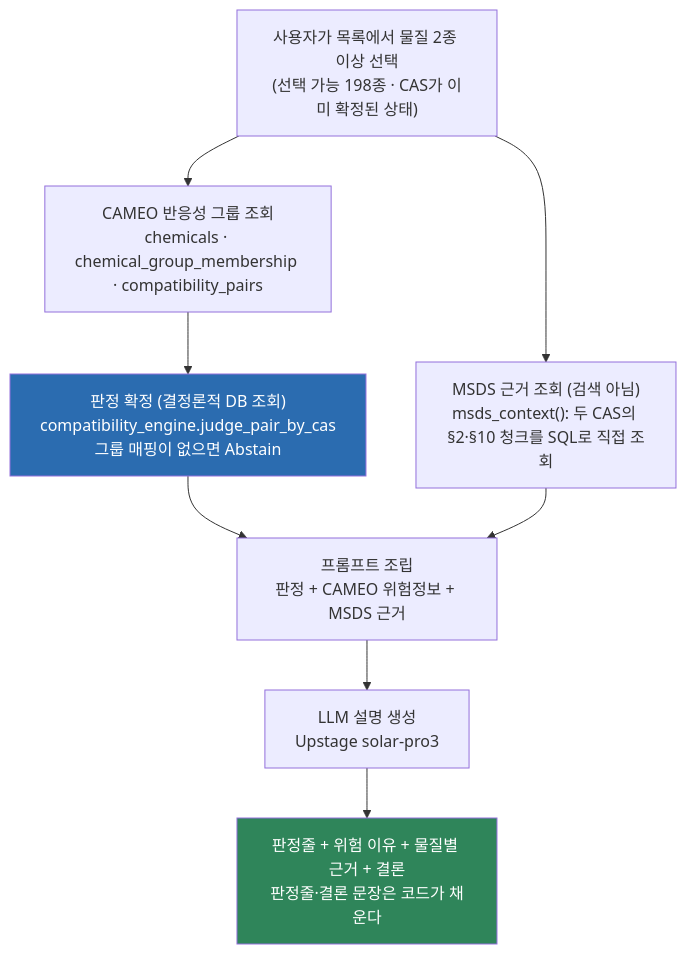
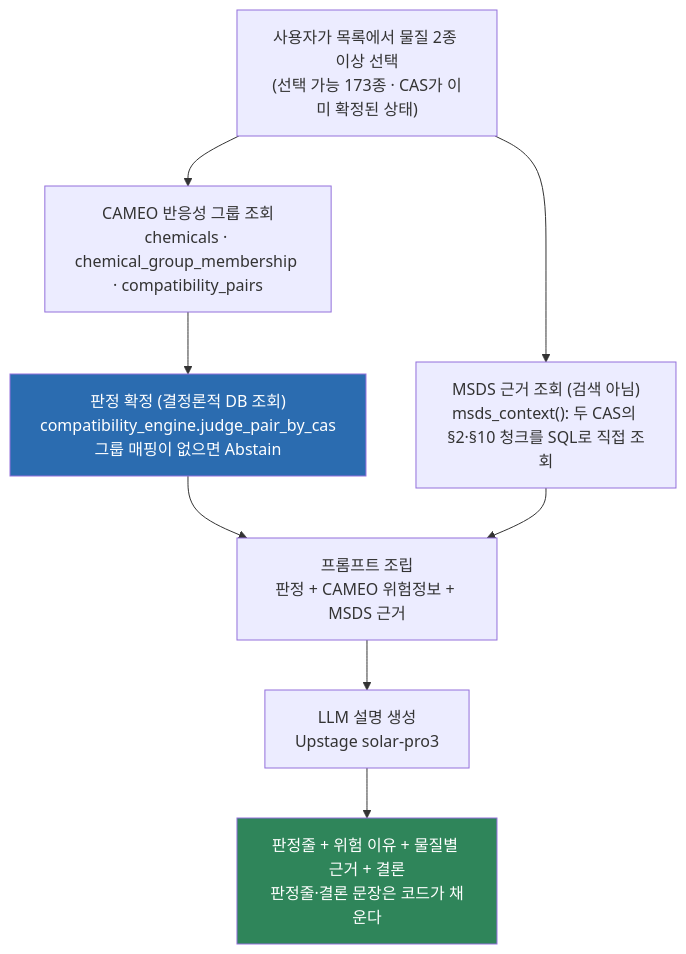
The first of 2 diagrams in docs/PIPELINE.md (mungn0603-code/SMART_MSDS), drawn with Mermaid before and after one commit.

Commit message:
Update selection options in PIPELINE.md

````diff
--- a/docs/PIPELINE.md
+++ b/docs/PIPELINE.md
@@ -16,14 +16,14 @@
 ```mermaid
 flowchart TB
-    U["사용자가 목록에서 물질 2종 이상 선택<br/>(선택 가능 198종 · CAS가 이미 확정된 상태)"]
+    U["사용자가 목록에서 물질 2종 이상 선택<br/>(선택 가능 173종 · CAS가 이미 확정된 상태)"]
     U --> CAM["CAMEO 반응성 그룹 조회<br/>chemicals · chemical_group_membership · compatibility_pairs"]
     CAM --> V["판정 확정 (결정론적 DB 조회)<br/>compatibility_engine.judge_pair_by_cas<br/>그룹 매핑이 없으면 Abstain"]
     U --> CTX["MSDS 근거 조회 (검색 아님)<br/>msds_context(): 두 CAS의 §2·§10 청크를 SQL로 직접 조회"]
     V --> P["프롬프트 조립<br/>판정 + CAMEO 위험정보 + MSDS 근거"]
     CTX --> P
     P --> G["LLM 설명 생성<br/>Upstage solar-pro3"]
     G --> OUT["판정줄 + 위험 이유 + 물질별 근거 + 결론<br/>판정줄·결론 문장은 코드가 채운다"]
 
     style V fill:#2b6cb0,color:#fff
     style OUT fill:#2f855a,color:#fff
 ```
````
